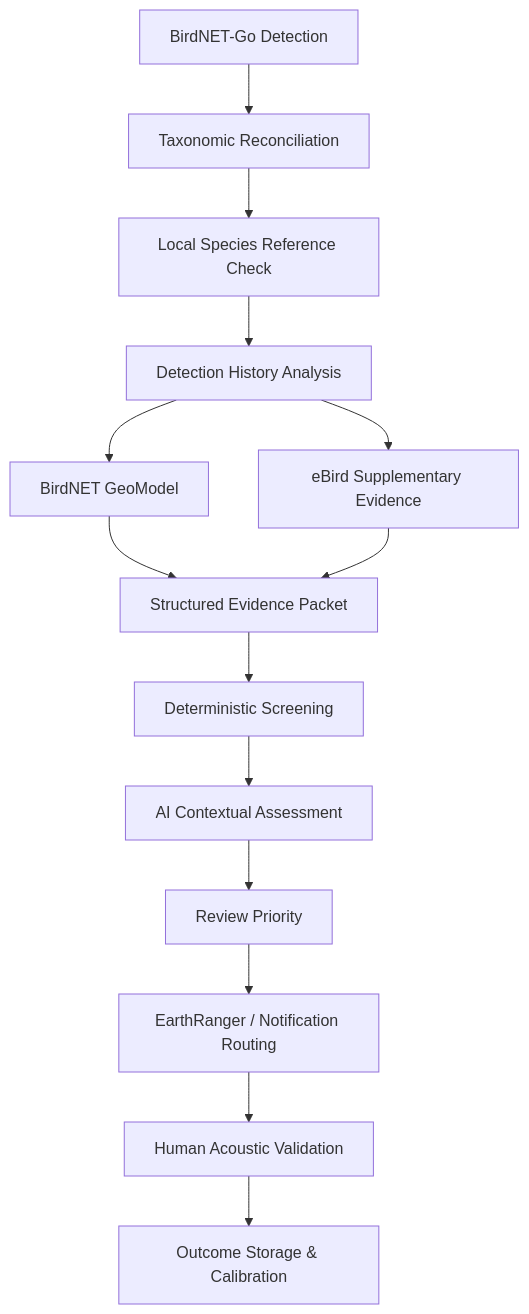
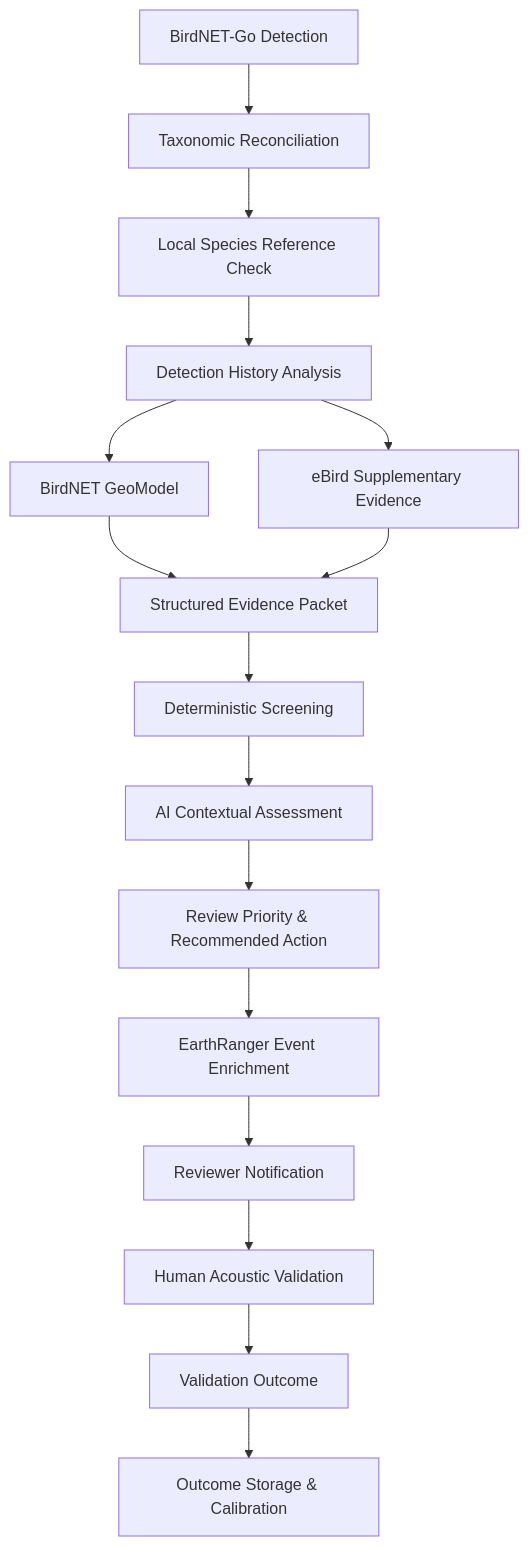
Before and after one commit to anggiearrizki/BirdNET_Detection_Screening: the diagram in README.md, drawn with Mermaid. The commit also changed other lines of this file, not shown here.

````diff
--- a/README.md
+++ b/README.md
@@ -45,20 +45,22 @@
 ```mermaid
 flowchart TD
     A[BirdNET-Go Detection] --> B[Taxonomic Reconciliation]
     B --> C[Local Species Reference Check]
     C --> D[Detection History Analysis]
 
     D --> E1[BirdNET GeoModel]
     D --> E2[eBird Supplementary Evidence]
 
     E1 --> F[Structured Evidence Packet]
     E2 --> F
 
     F --> G[Deterministic Screening]
     G --> H[AI Contextual Assessment]
-    H --> I[Review Priority]
+    H --> I[Review Priority & Recommended Action]
 
-    I --> J[EarthRanger / Notification Routing]
-    J --> K[Human Acoustic Validation]
-    K --> L[Outcome Storage & Calibration]
+    I --> J[EarthRanger Event Enrichment]
+    J --> K[Reviewer Notification]
+    K --> L[Human Acoustic Validation]
+    L --> M[Validation Outcome]
+    M --> N[Outcome Storage & Calibration]
 ```
````
